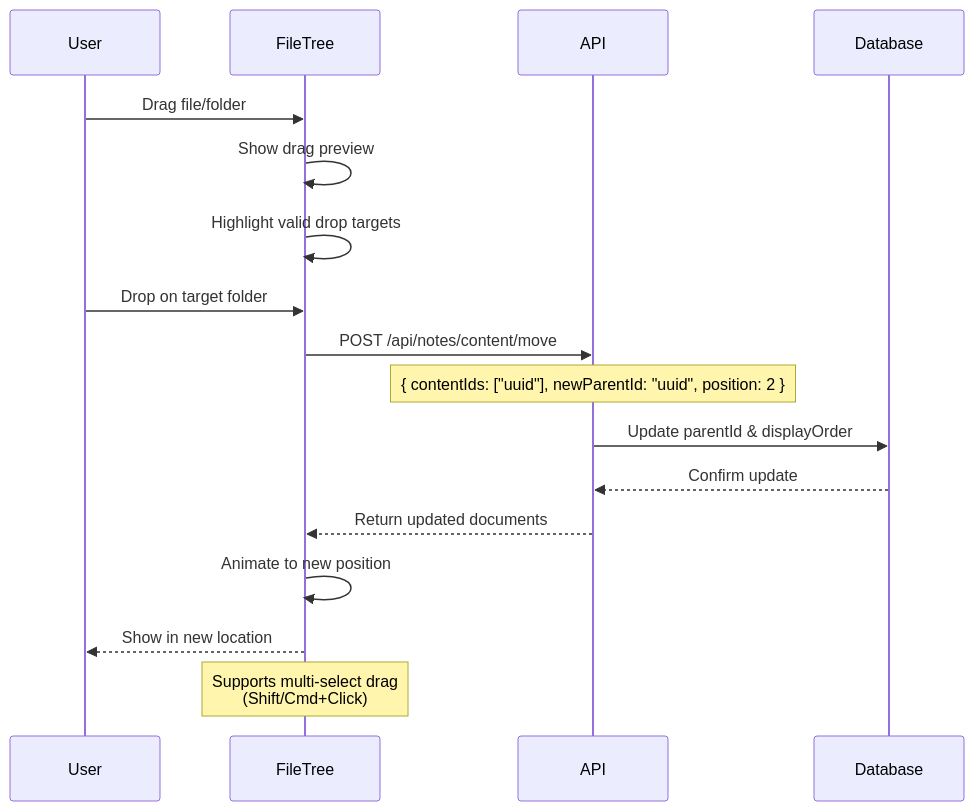
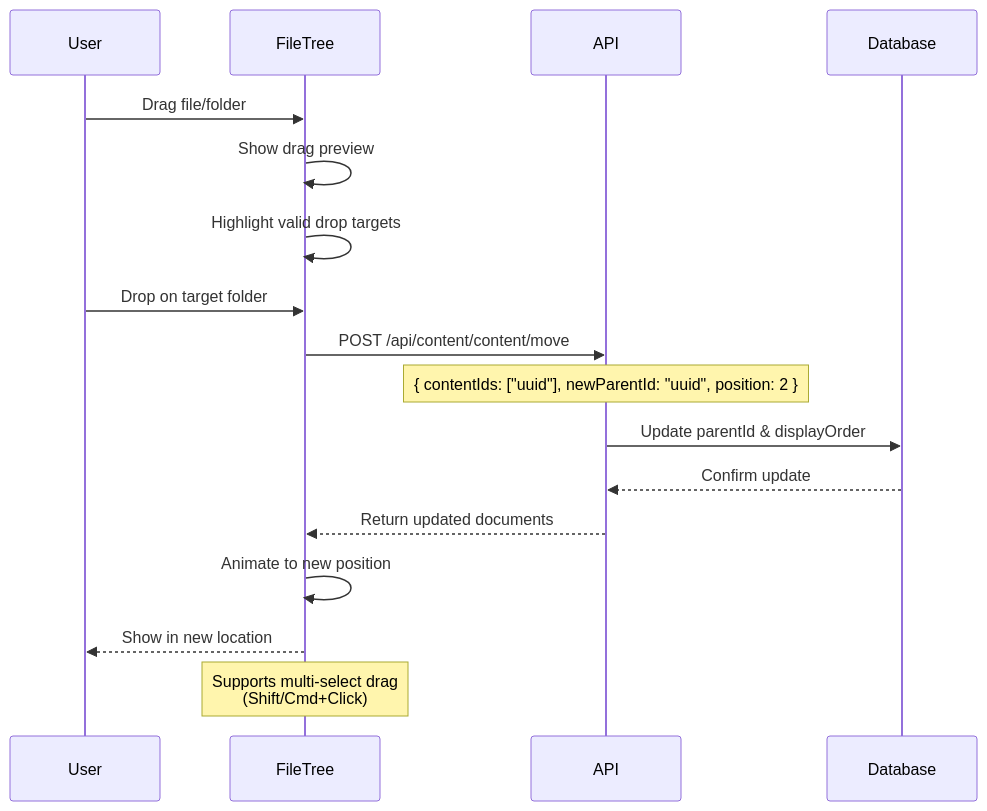
One commit to CenterValentine/Digital-Garden changed the sixth of 6 diagrams in docs/notes-feature/01-architecture.md. Above: the diagram before and after it, drawn with Mermaid. The commit also changed other lines of this file and 73 other files, not shown here.

First line of the commit message:
docs: Update all documentation for monorepo removal and notes→content rename

````diff
--- a/docs/notes-feature/01-architecture.md
+++ b/docs/notes-feature/01-architecture.md
@@ -283,24 +283,24 @@
 ```mermaid
 sequenceDiagram
     participant User
     participant FileTree
     participant API
     participant Database
 
     User->>FileTree: Drag file/folder
     FileTree->>FileTree: Show drag preview
     FileTree->>FileTree: Highlight valid drop targets
 
     User->>FileTree: Drop on target folder
-    FileTree->>API: POST /api/notes/content/move
+    FileTree->>API: POST /api/content/content/move
     Note over API: { contentIds: ["uuid"], newParentId: "uuid", position: 2 }
 
     API->>Database: Update parentId & displayOrder
     Database-->>API: Confirm update
     API-->>FileTree: Return updated documents
 
     FileTree->>FileTree: Animate to new position
     FileTree-->>User: Show in new location
 
     Note over FileTree: Supports multi-select drag<br/>(Shift/Cmd+Click)
 ```
````
